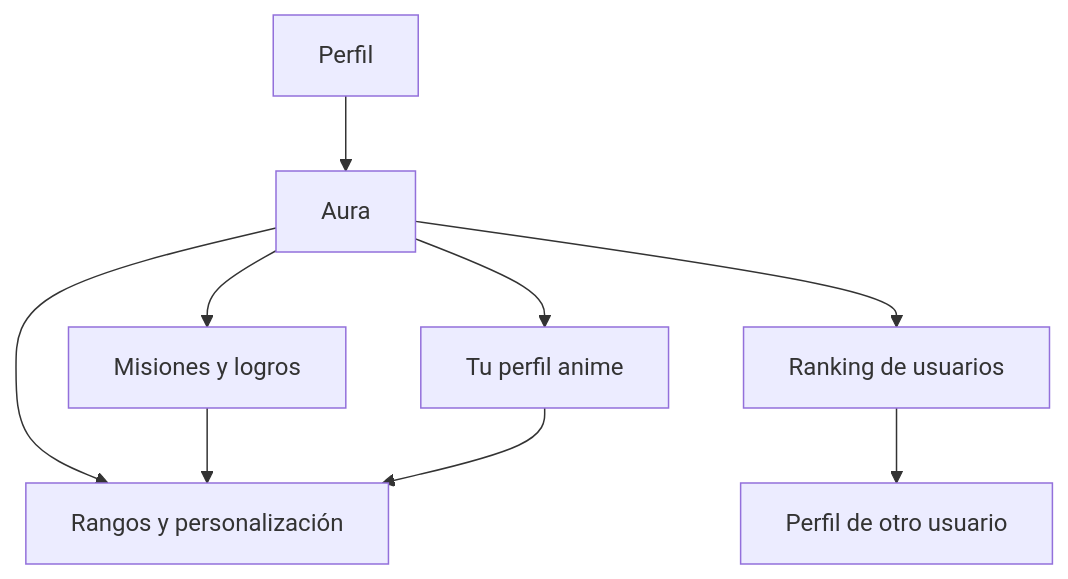
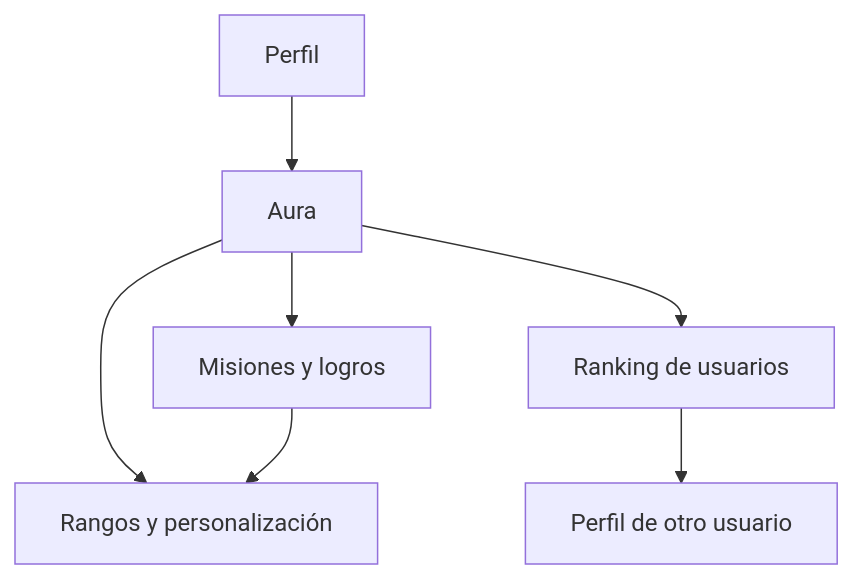
One commit to Feliflachs/ani-ren-app changed the second of 3 diagrams in PANTALLAS.md. Above: the diagram before and after it, drawn with Mermaid. The commit also changed other lines of this file and 27 other files, not shown here.

````diff
--- a/PANTALLAS.md
+++ b/PANTALLAS.md
@@ -440,11 +398,9 @@
 ```mermaid
 flowchart TD
     Perfil --> Aura
     Aura --> Misiones[Misiones y logros]
     Aura --> Rangos[Rangos y personalización]
     Aura --> Ranking[Ranking de usuarios]
-    Aura --> Analisis[Tu perfil anime]
     Misiones --> Rangos
-    Analisis --> Rangos
     Ranking --> Usuario[Perfil de otro usuario]
 ```
````
